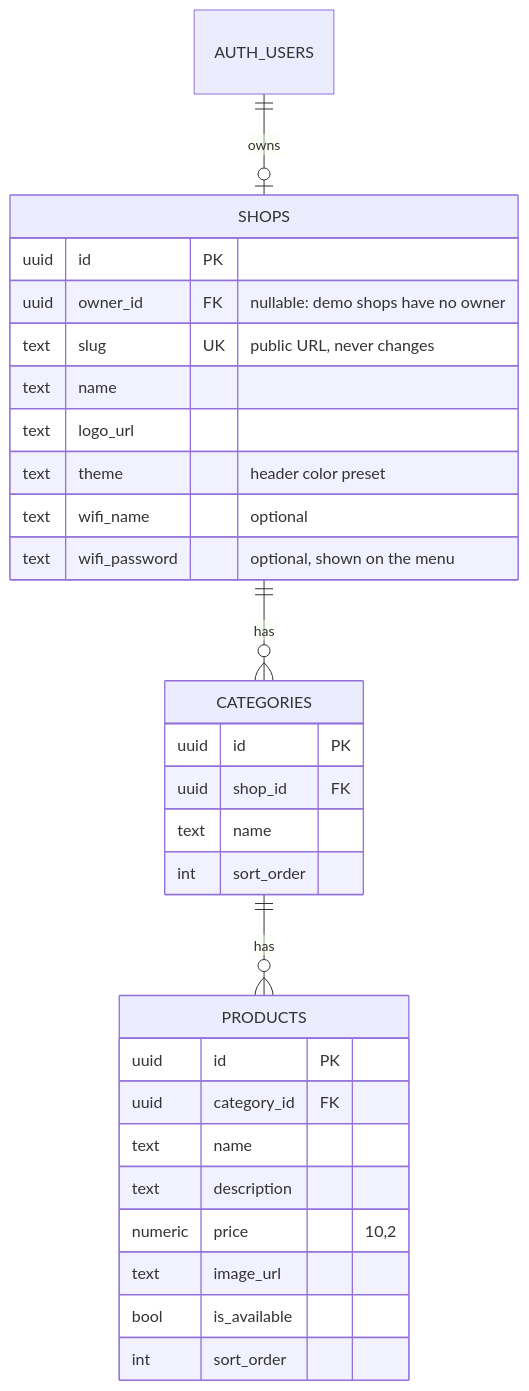
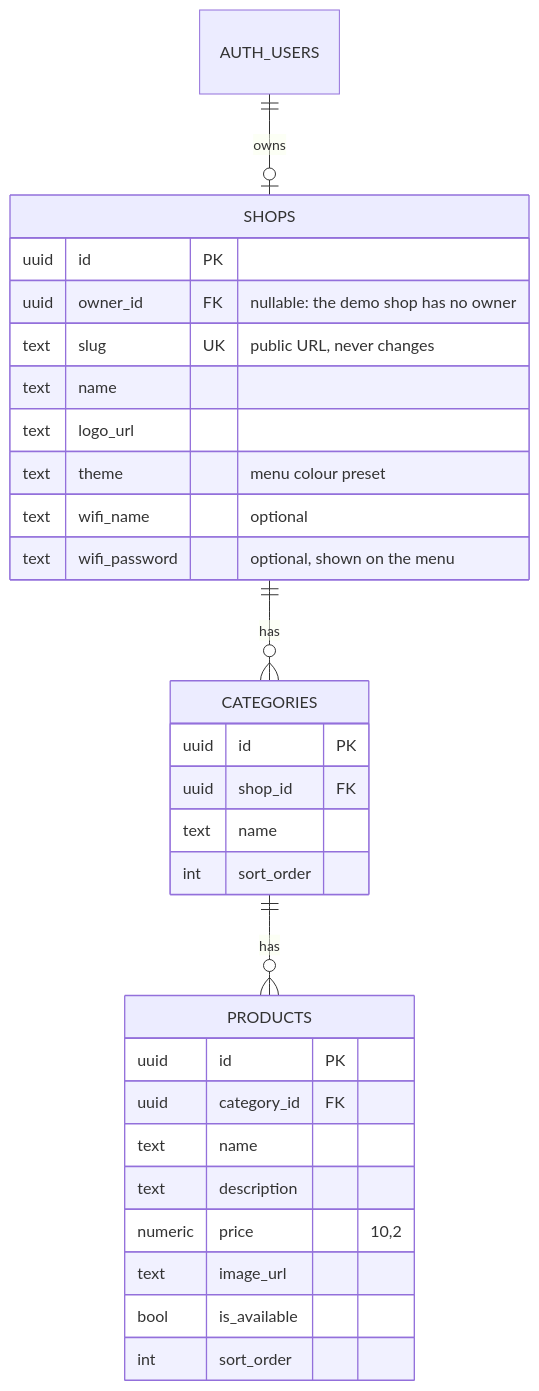
The third of 3 diagrams in README.md (huseyincansoylu/okut), drawn with Mermaid before and after one commit. The commit also changed other lines of this file and 3 other files, not shown here.

````diff
--- a/README.md
+++ b/README.md
@@ -73,33 +109,33 @@
 ```mermaid
 erDiagram
     AUTH_USERS ||--o| SHOPS : owns
     SHOPS ||--o{ CATEGORIES : has
     CATEGORIES ||--o{ PRODUCTS : has
 
     SHOPS {
         uuid id PK
-        uuid owner_id FK "nullable: demo shops have no owner"
+        uuid owner_id FK "nullable: the demo shop has no owner"
         text slug UK "public URL, never changes"
         text name
         text logo_url
-        text theme "header color preset"
+        text theme "menu colour preset"
         text wifi_name "optional"
         text wifi_password "optional, shown on the menu"
     }
     CATEGORIES {
         uuid id PK
         uuid shop_id FK
         text name
         int sort_order
     }
     PRODUCTS {
         uuid id PK
         uuid category_id FK
         text name
         text description
         numeric price "10,2"
         text image_url
         bool is_available
         int sort_order
     }
 ```
````
